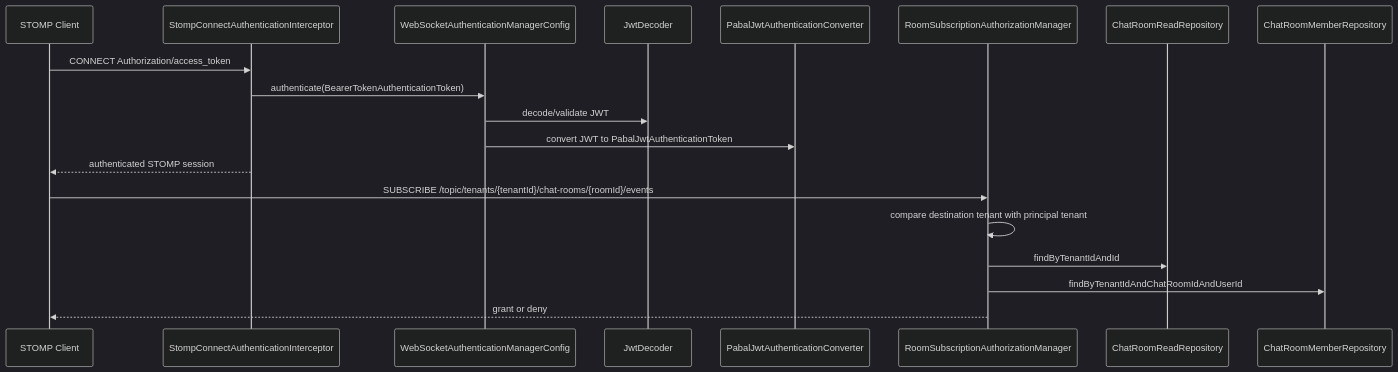
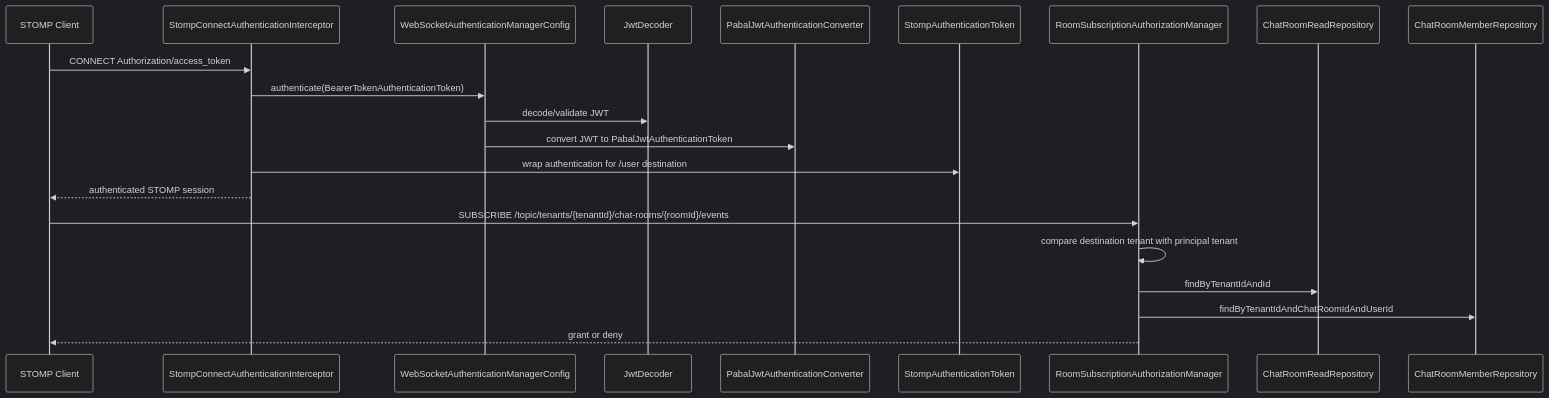
One commit to woojun-k/pabal changed the fifth of 5 diagrams in docs/use-cases/endpoint-sequence-diagrams.md. Above: the diagram before and after it, drawn with Mermaid (dark theme). The commit also changed 112 other files, not shown here.

Commit message:
feat(messenger,user): 유저 모듈 신설, STOMP 보안 디커플링 및 메시지 톰스톤 도입

````diff
--- a/docs/use-cases/endpoint-sequence-diagrams.md
+++ b/docs/use-cases/endpoint-sequence-diagrams.md
@@ -139,22 +139,24 @@
 ```mermaid
 sequenceDiagram
     participant C as STOMP Client
     participant I as StompConnectAuthenticationInterceptor
     participant AM as WebSocketAuthenticationManagerConfig
     participant J as JwtDecoder
     participant CV as PabalJwtAuthenticationConverter
+    participant ST as StompAuthenticationToken
     participant AZ as RoomSubscriptionAuthorizationManager
     participant RR as ChatRoomReadRepository
     participant MR as ChatRoomMemberRepository
 
     C->>I: CONNECT Authorization/access_token
     I->>AM: authenticate(BearerTokenAuthenticationToken)
     AM->>J: decode/validate JWT
     AM->>CV: convert JWT to PabalJwtAuthenticationToken
+    I->>ST: wrap authentication for /user destination
     I-->>C: authenticated STOMP session
     C->>AZ: SUBSCRIBE /topic/tenants/{tenantId}/chat-rooms/{roomId}/events
     AZ->>AZ: compare destination tenant with principal tenant
     AZ->>RR: findByTenantIdAndId
     AZ->>MR: findByTenantIdAndChatRoomIdAndUserId
     AZ-->>C: grant or deny
 ```
````
